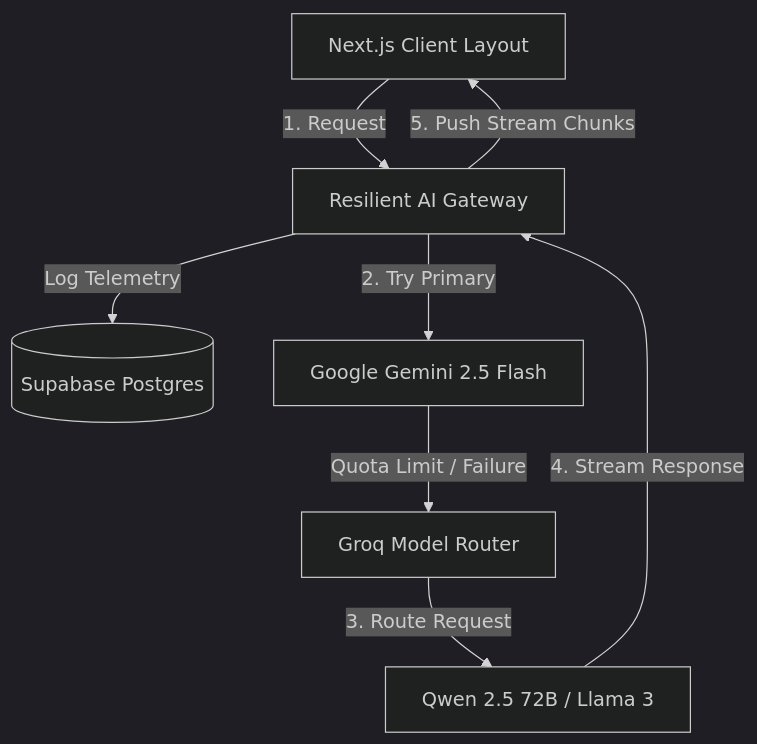
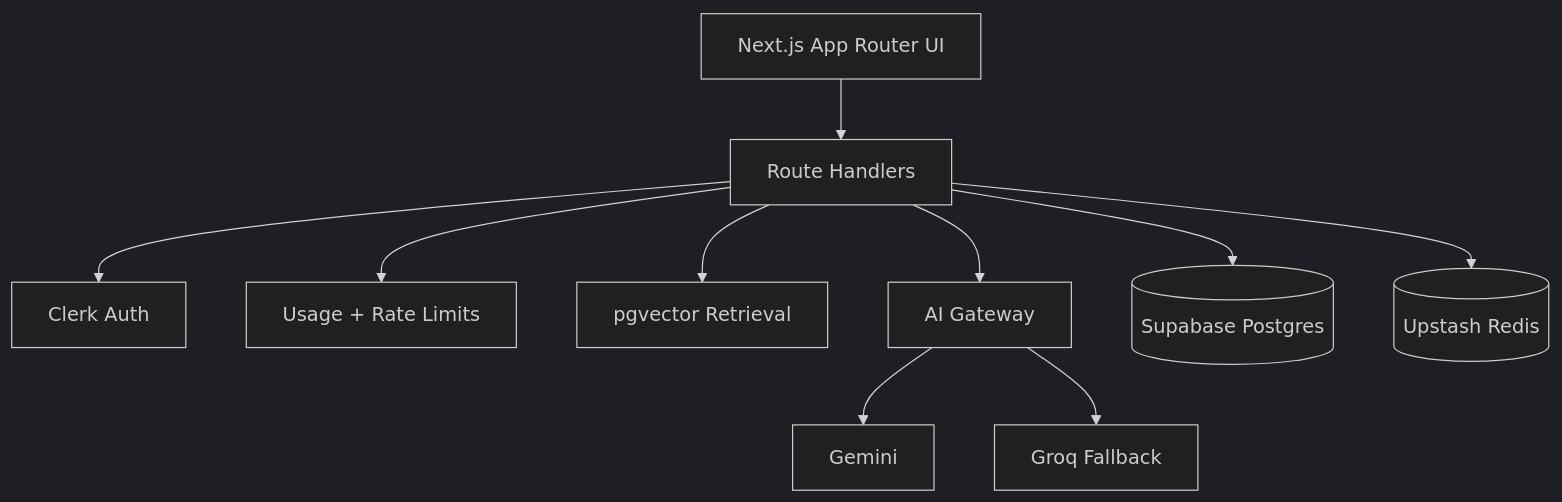
One commit to rajendrabist07/edumethod-ai changed the diagram in README.md. Above: the diagram before and after it, drawn with Mermaid (dark theme). The commit also changed other lines of this file and 12 other files, not shown here.

````diff
--- a/README.md
+++ b/README.md
@@ -53,10 +33,12 @@
 ```mermaid
 graph TD
-    Client[Next.js Client Layout] -->|1. Request| Gateway[Resilient AI Gateway]
-    Gateway -->|Log Telemetry| DB[(Supabase Postgres)]
-    Gateway -->|2. Try Primary| Gemini[Google Gemini 2.5 Flash]
-    Gemini -->|Quota Limit / Failure| Fallback[Groq Model Router]
-    Fallback -->|3. Route Request| Qwen[Qwen 2.5 72B / Llama 3]
-    Qwen -->|4. Stream Response| Gateway
-    Gateway -->|5. Push Stream Chunks| Client
+  Client[Next.js App Router UI] --> API[Route Handlers]
+  API --> Auth[Clerk Auth]
+  API --> Usage[Usage + Rate Limits]
+  API --> Retriever[pgvector Retrieval]
+  API --> Gateway[AI Gateway]
+  Gateway --> Gemini[Gemini]
+  Gateway --> Groq[Groq Fallback]
+  API --> DB[(Supabase Postgres)]
+  API --> Cache[(Upstash Redis)]
 ```
````
